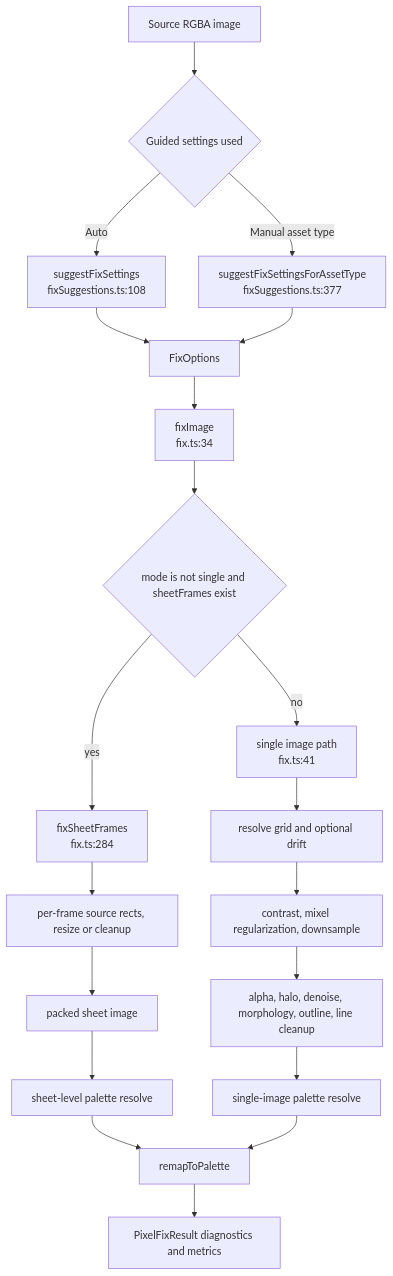
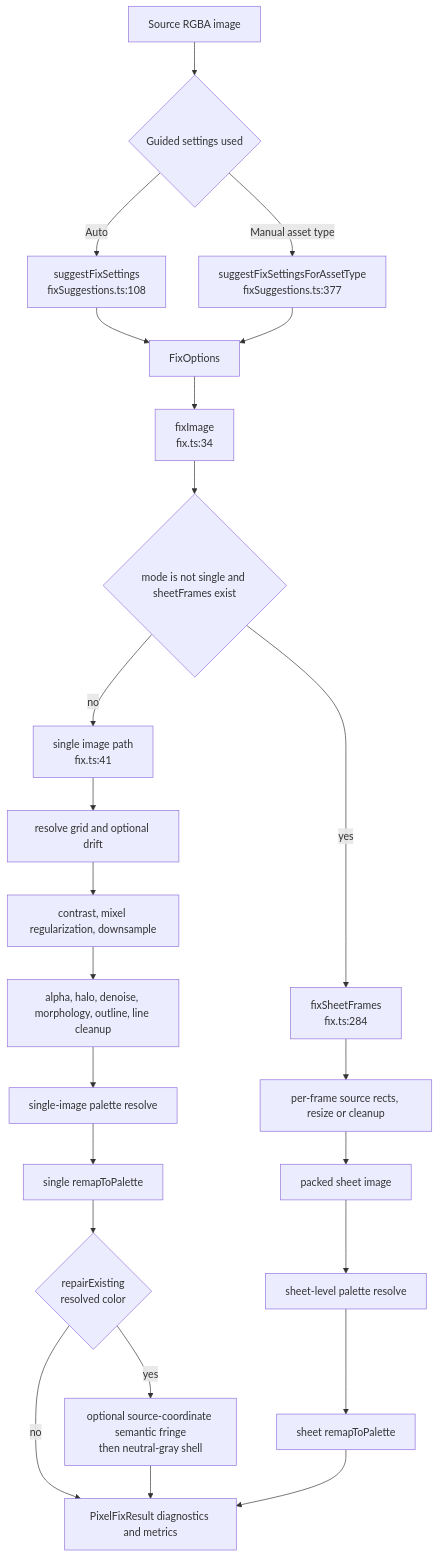
One commit to labcoder/pixel-aid changed the diagram in docs/process/README.md. Above: the diagram before and after it, drawn with Mermaid. The commit also changed other lines of this file and 6 other files, not shown here.

Commit message:
docs(core): document repair outline fringe passes

````diff
--- a/docs/process/README.md
+++ b/docs/process/README.md
@@ -16,23 +16,27 @@
 ```mermaid
 flowchart TD
   A["Source RGBA image"] --> B{"Guided settings used"}
   B -->|"Auto"| C["suggestFixSettings<br/>fixSuggestions.ts:108"]
   B -->|"Manual asset type"| D["suggestFixSettingsForAssetType<br/>fixSuggestions.ts:377"]
   C --> E["FixOptions"]
   D --> E
   E --> F["fixImage<br/>fix.ts:34"]
   F --> G{"mode is not single and sheetFrames exist"}
   G -->|"yes"| H["fixSheetFrames<br/>fix.ts:284"]
   G -->|"no"| I["single image path<br/>fix.ts:41"]
 
   H --> J["per-frame source rects, resize or cleanup"]
   J --> K["packed sheet image"]
   I --> L["resolve grid and optional drift"]
   L --> M["contrast, mixel regularization, downsample"]
   M --> N["alpha, halo, denoise, morphology, outline, line cleanup"]
   K --> O["sheet-level palette resolve"]
   N --> P["single-image palette resolve"]
-  O --> Q["remapToPalette"]
-  P --> Q
-  Q --> R["PixelFixResult diagnostics and metrics"]
+  O --> Q["sheet remapToPalette"]
+  P --> R["single remapToPalette"]
+  R --> S{"repairExisting<br/>resolved color"}
+  S -->|"yes"| T["optional source-coordinate semantic fringe<br/>then neutral-gray shell"]
+  S -->|"no"| U["PixelFixResult diagnostics and metrics"]
+  T --> U
+  Q --> U
 ```
````
